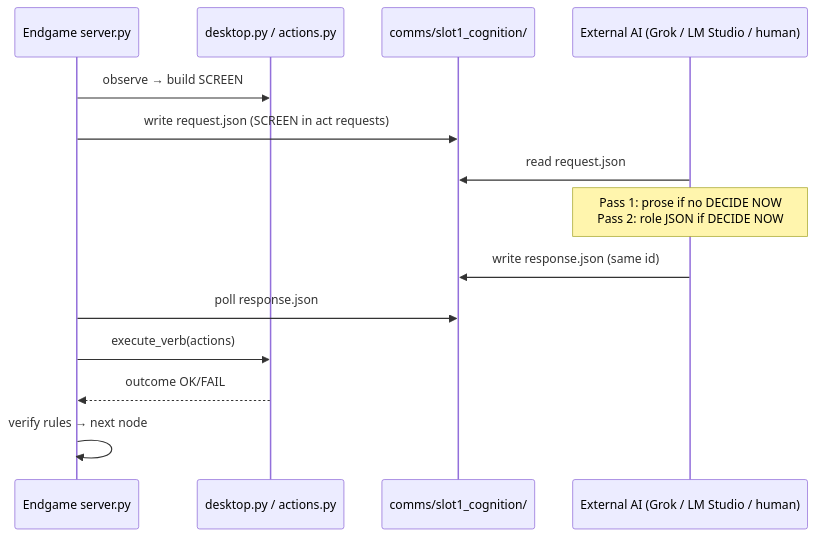
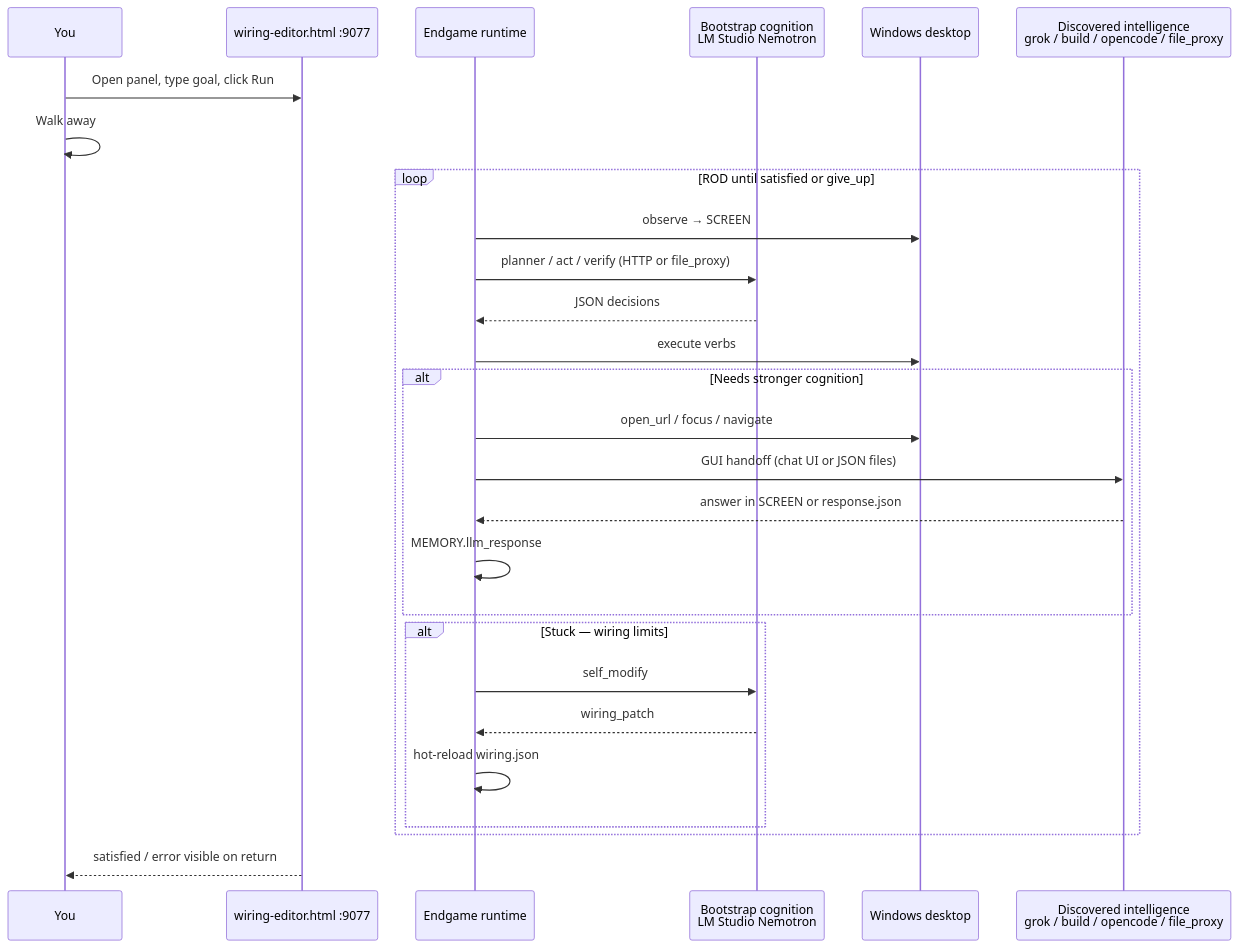
One commit to wgabrys88/endgame-ai changed the second of 8 diagrams in README.md. Above: the diagram before and after it, drawn with Mermaid. The commit also changed other lines of this file, not shown here.

Commit message:
docs: rewrite README from scratch — uniform self-evolving operator, GUI-as-API thesis

````diff
--- a/README.md
+++ b/README.md
@@ -189,17 +150,30 @@
 ```mermaid
 sequenceDiagram
-    participant EG as Endgame server.py
-    participant DESK as desktop.py / actions.py
-    participant COMMS as comms/slot1_cognition/
-    participant AI as External AI (Grok / LM Studio / human)
+    participant You as You
+    participant Panel as wiring-editor.html :9077
+    participant EG as Endgame runtime
+    participant Nemo as Bootstrap cognition<br/>LM Studio Nemotron
+    participant Desktop as Windows desktop
+    participant Smart as Discovered intelligence<br/>grok / build / opencode / file_proxy
 
-    EG->>DESK: observe → build SCREEN
-    EG->>COMMS: write request.json (SCREEN in act requests)
-    AI->>COMMS: read request.json
-    Note over AI: Pass 1: prose if no DECIDE NOW<br/>Pass 2: role JSON if DECIDE NOW
-    AI->>COMMS: write response.json (same id)
-    EG->>COMMS: poll response.json
-    EG->>DESK: execute_verb(actions)
-    DESK-->>EG: outcome OK/FAIL
-    EG->>EG: verify rules → next node
+    You->>Panel: Open panel, type goal, click Run
+    You->>You: Walk away
+    loop ROD until satisfied or give_up
+        EG->>Desktop: observe → SCREEN
+        EG->>Nemo: planner / act / verify (HTTP or file_proxy)
+        Nemo-->>EG: JSON decisions
+        EG->>Desktop: execute verbs
+        alt Needs stronger cognition
+            EG->>Desktop: open_url / focus / navigate
+            EG->>Smart: GUI handoff (chat UI or JSON files)
+            Smart-->>EG: answer in SCREEN or response.json
+            EG->>EG: MEMORY.llm_response
+        end
+        alt Stuck — wiring limits
+            EG->>Nemo: self_modify
+            Nemo-->>EG: wiring_patch
+            EG->>EG: hot-reload wiring.json
+        end
+    end
+    Panel-->>You: satisfied / error visible on return
 ```
````
